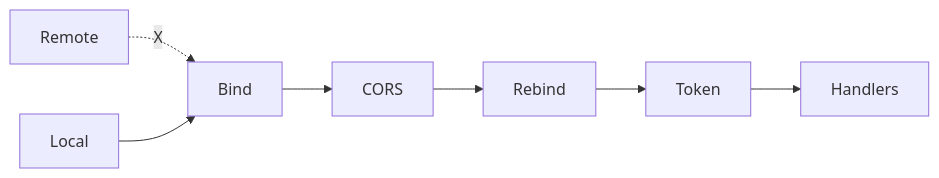
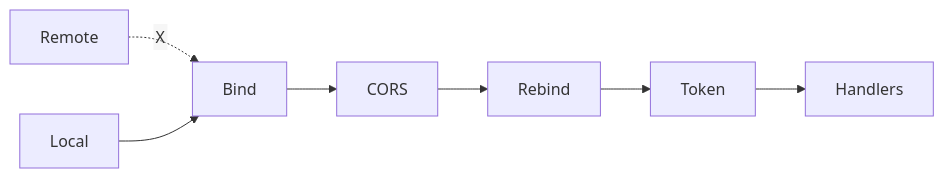
Before and after one commit to kubestellar/docs: the second of 6 diagrams in docs/content/console/security-model.md, drawn with Mermaid. The commit also changed other lines of this file, not shown here.

````diff
--- a/docs/content/console/security-model.md
+++ b/docs/content/console/security-model.md
@@ -67,17 +92,18 @@
 ```mermaid
+%%{init: {'flowchart': {'htmlLabels': false, 'useMaxWidth': false}}}%%
 flowchart LR
     RB[Remote]
     LB[Local]
     BIND[Bind]
     CORS[CORS]
     REB[Rebind]
     TOK[Token]
     KA[Handlers]
 
     RB -.X.-> BIND
     LB --> BIND
     BIND --> CORS
     CORS --> REB
     REB --> TOK
     TOK --> KA
 ```
````
